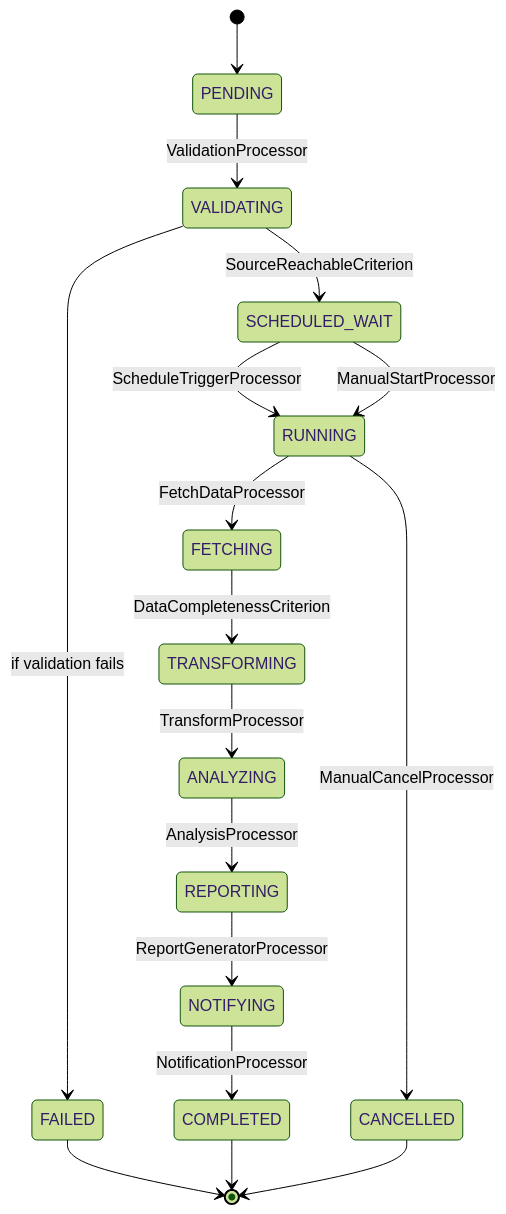
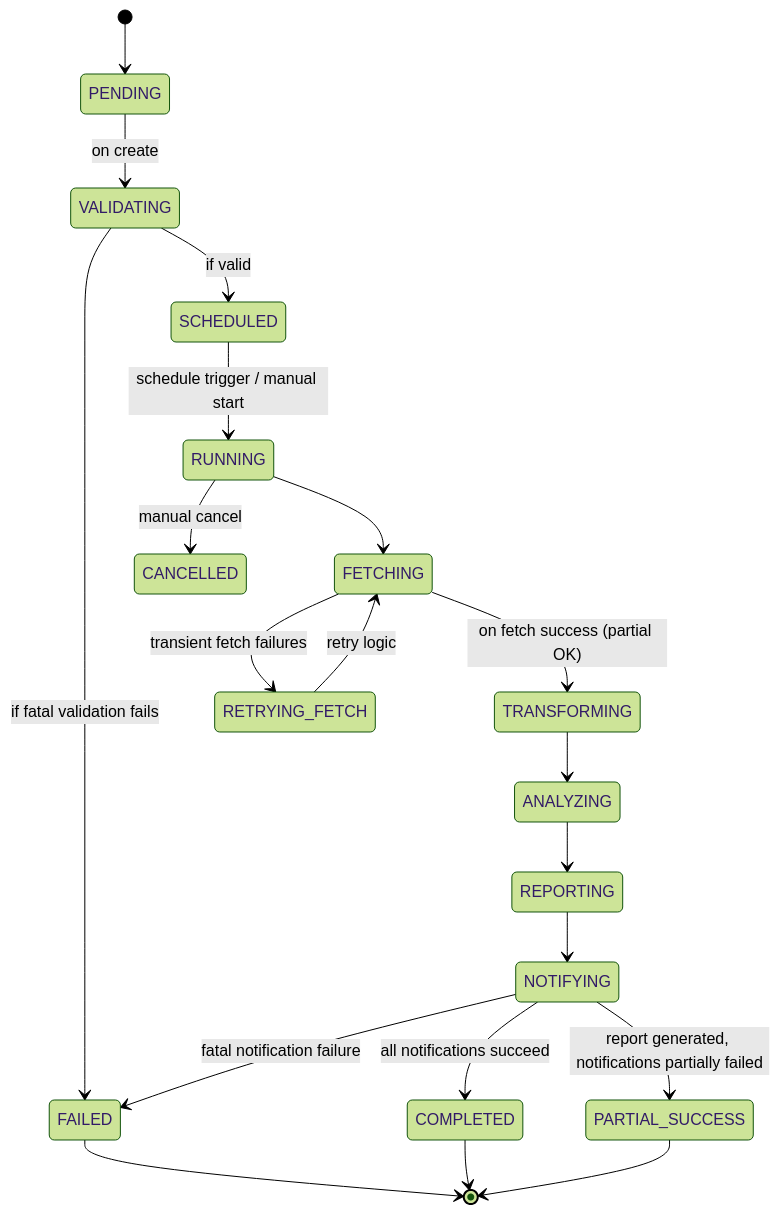
The first of 3 diagrams in src/main/java/com/java_template/prototype/functional_requirement.md (Cyoda-platform/java-client-template), drawn with Mermaid (forest theme) before and after one commit. The commit also changed other lines of this file, not shown here.

````diff
--- a/src/main/java/com/java_template/prototype/functional_requirement.md
+++ b/src/main/java/com/java_template/prototype/functional_requirement.md
@@ -55,19 +108,22 @@
 ```mermaid
 stateDiagram-v2
     [*] --> PENDING
-    PENDING --> VALIDATING : ValidationProcessor
-    VALIDATING --> SCHEDULED_WAIT : SourceReachableCriterion
-    VALIDATING --> FAILED : if validation fails
-    SCHEDULED_WAIT --> RUNNING : ScheduleTriggerProcessor
-    SCHEDULED_WAIT --> RUNNING : ManualStartProcessor
-    RUNNING --> FETCHING : FetchDataProcessor
-    FETCHING --> TRANSFORMING : DataCompletenessCriterion
-    TRANSFORMING --> ANALYZING : TransformProcessor
-    ANALYZING --> REPORTING : AnalysisProcessor
-    REPORTING --> NOTIFYING : ReportGeneratorProcessor
-    NOTIFYING --> COMPLETED : NotificationProcessor
+    PENDING --> VALIDATING : on create
+    VALIDATING --> SCHEDULED : if valid
+    VALIDATING --> FAILED : if fatal validation fails
+    SCHEDULED --> RUNNING : schedule trigger / manual start
+    RUNNING --> FETCHING
+    FETCHING --> TRANSFORMING : on fetch success (partial OK)
+    FETCHING --> RETRYING_FETCH : transient fetch failures
+    RETRYING_FETCH --> FETCHING : retry logic
+    TRANSFORMING --> ANALYZING
+    ANALYZING --> REPORTING
+    REPORTING --> NOTIFYING
+    NOTIFYING --> COMPLETED : all notifications succeed
+    NOTIFYING --> PARTIAL_SUCCESS : report generated, notifications partially failed
+    NOTIFYING --> FAILED : fatal notification failure
+    RUNNING --> CANCELLED : manual cancel
     FAILED --> [*]
     COMPLETED --> [*]
-    RUNNING --> CANCELLED : ManualCancelProcessor
-    CANCELLED --> [*]
+    PARTIAL_SUCCESS --> [*]
 ```
````
